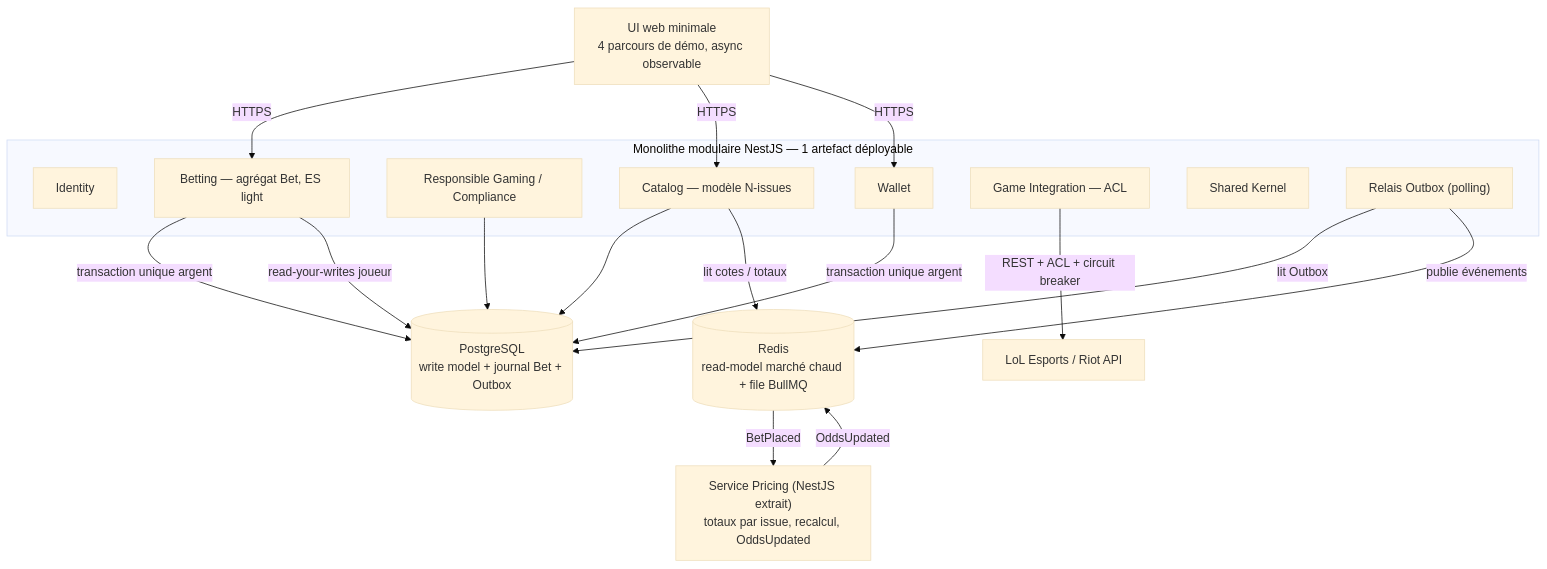
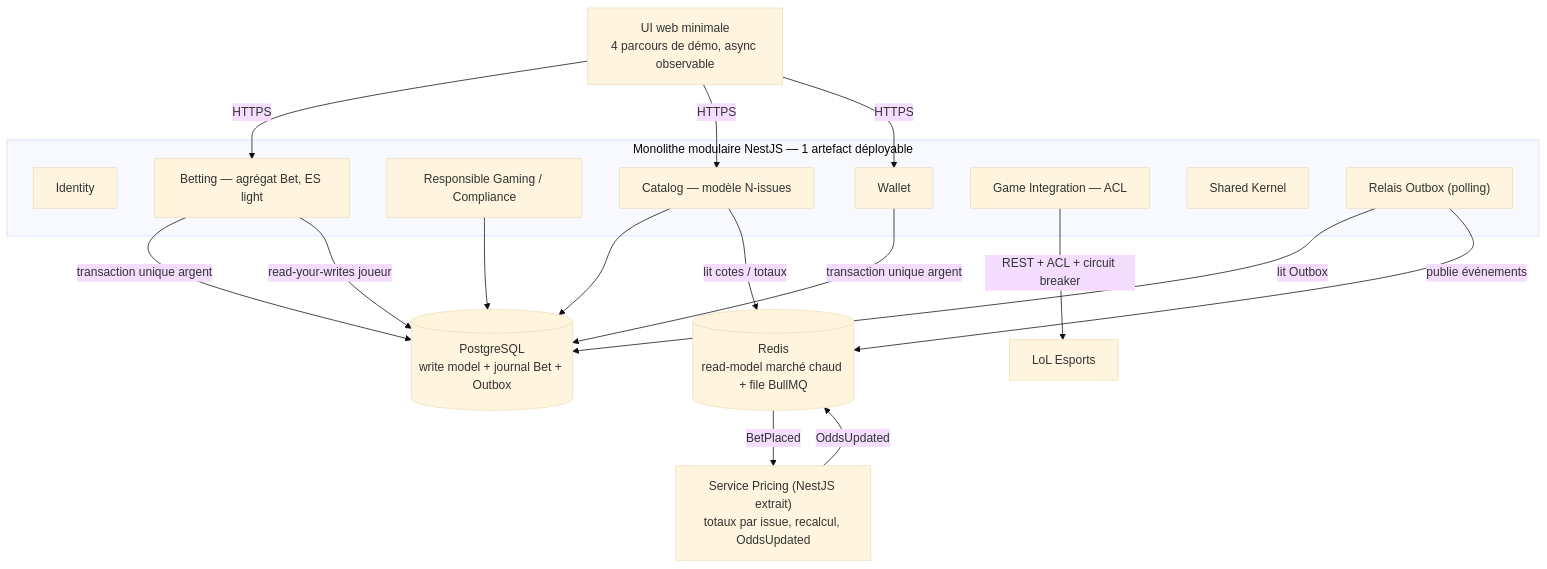
The second of 7 diagrams in docs/architecture/diagrams.md (Baptiste-Fournel/betnext), drawn with Mermaid (base theme) before and after one commit. The commit also changed other lines of this file and 7 other files, not shown here.

Commit message:
docs(livrables): synchro complète des .md + diagrammes [BET-34]

````diff
--- a/docs/architecture/diagrams.md
+++ b/docs/architecture/diagrams.md
@@ -35,36 +35,36 @@
 ```mermaid
 flowchart TB
     ui["UI web minimale<br/>4 parcours de démo, async observable"]
 
     subgraph mono["Monolithe modulaire NestJS — 1 artefact déployable"]
         identity["Identity"]
         wallet["Wallet"]
         compliance["Responsible Gaming / Compliance"]
         catalog["Catalog — modèle N-issues"]
         betting["Betting — agrégat Bet, ES light"]
         gameint["Game Integration — ACL"]
         shared["Shared Kernel"]
         relay["Relais Outbox (polling)"]
     end
 
     pricing["Service Pricing (NestJS extrait)<br/>totaux par issue, recalcul, OddsUpdated"]
 
     pg[("PostgreSQL<br/>write model + journal Bet + Outbox")]
     redis[("Redis<br/>read-model marché chaud + file BullMQ")]
-    riot["LoL Esports / Riot API"]
+    riot["LoL Esports"]
 
     ui -->|HTTPS| betting
     ui -->|HTTPS| catalog
     ui -->|HTTPS| wallet
     betting -->|transaction unique argent| pg
     wallet -->|transaction unique argent| pg
     compliance --> pg
     catalog --> pg
     betting -->|read-your-writes joueur| pg
     relay -->|lit Outbox| pg
     relay -->|publie événements| redis
     redis -->|BetPlaced| pricing
     pricing -->|OddsUpdated| redis
     catalog -->|lit cotes / totaux| redis
     gameint -->|REST + ACL + circuit breaker| riot
 ```
````
